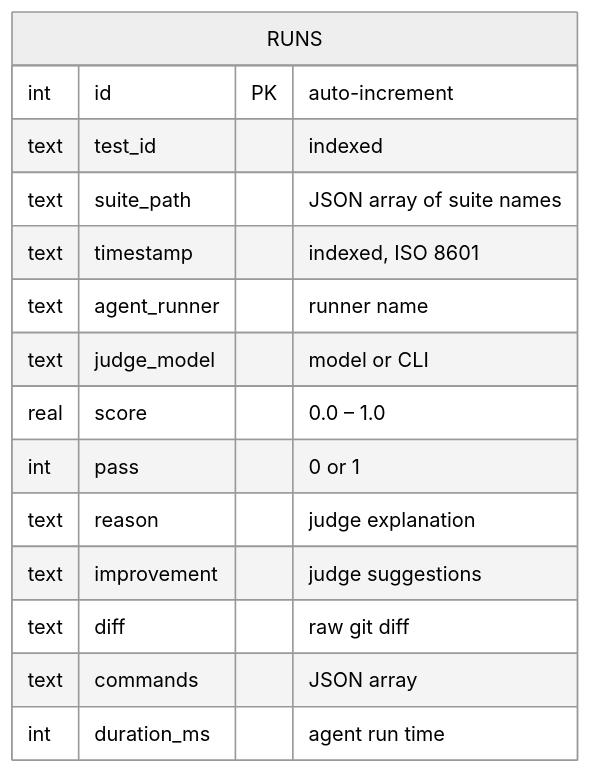
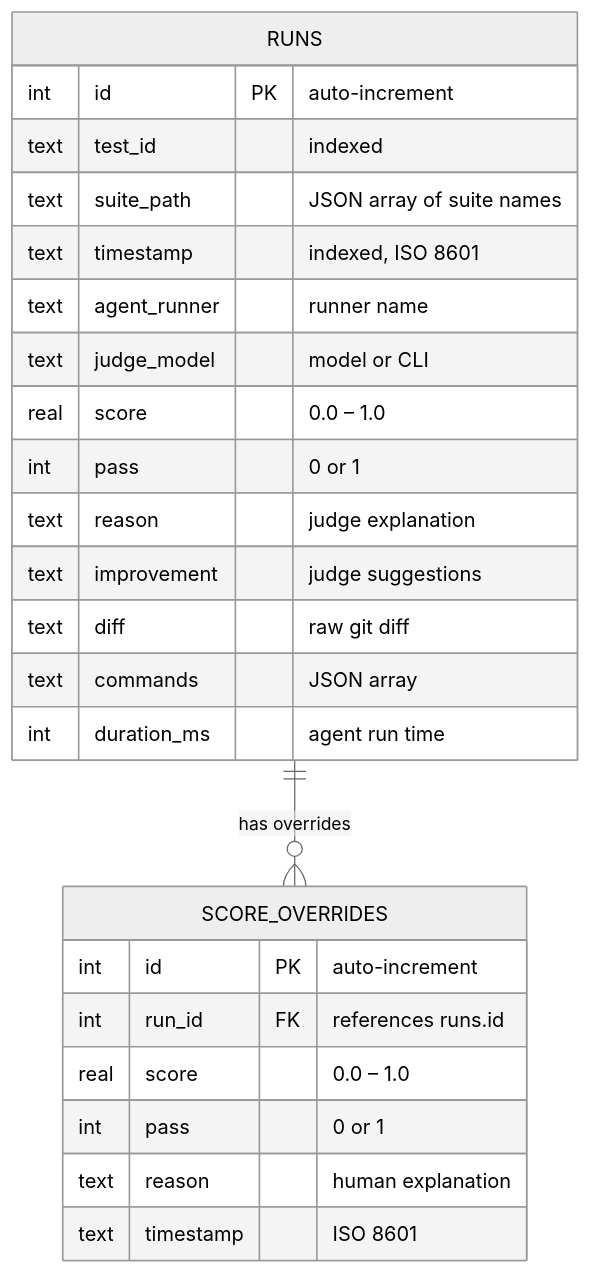
Before and after one commit to Tlahey/agent-eval: the first of 2 diagrams in apps/docs/api/ledger.md, drawn with Mermaid (neutral theme). The commit also changed other lines of this file and 18 other files, not shown here.

First line of the commit message:
feat(hitl): implement human-in-the-loop score overrides

````diff
--- a/apps/docs/api/ledger.md
+++ b/apps/docs/api/ledger.md
@@ -95,18 +97,27 @@
 ```mermaid
 erDiagram
     RUNS {
         int id PK "auto-increment"
         text test_id "indexed"
         text suite_path "JSON array of suite names"
         text timestamp "indexed, ISO 8601"
         text agent_runner "runner name"
         text judge_model "model or CLI"
         real score "0.0 – 1.0"
         int pass "0 or 1"
         text reason "judge explanation"
         text improvement "judge suggestions"
         text diff "raw git diff"
         text commands "JSON array"
         int duration_ms "agent run time"
     }
+    SCORE_OVERRIDES {
+        int id PK "auto-increment"
+        int run_id FK "references runs.id"
+        real score "0.0 – 1.0"
+        int pass "0 or 1"
+        text reason "human explanation"
+        text timestamp "ISO 8601"
+    }
+    RUNS ||--o{ SCORE_OVERRIDES : "has overrides"
 ```
````
